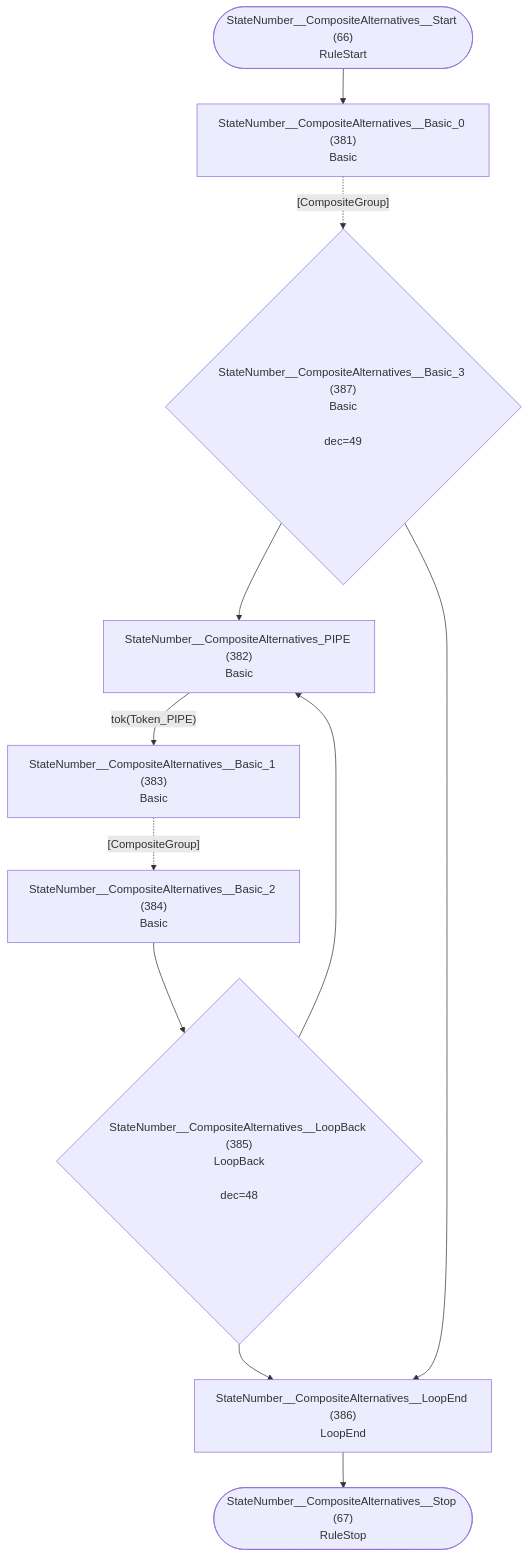
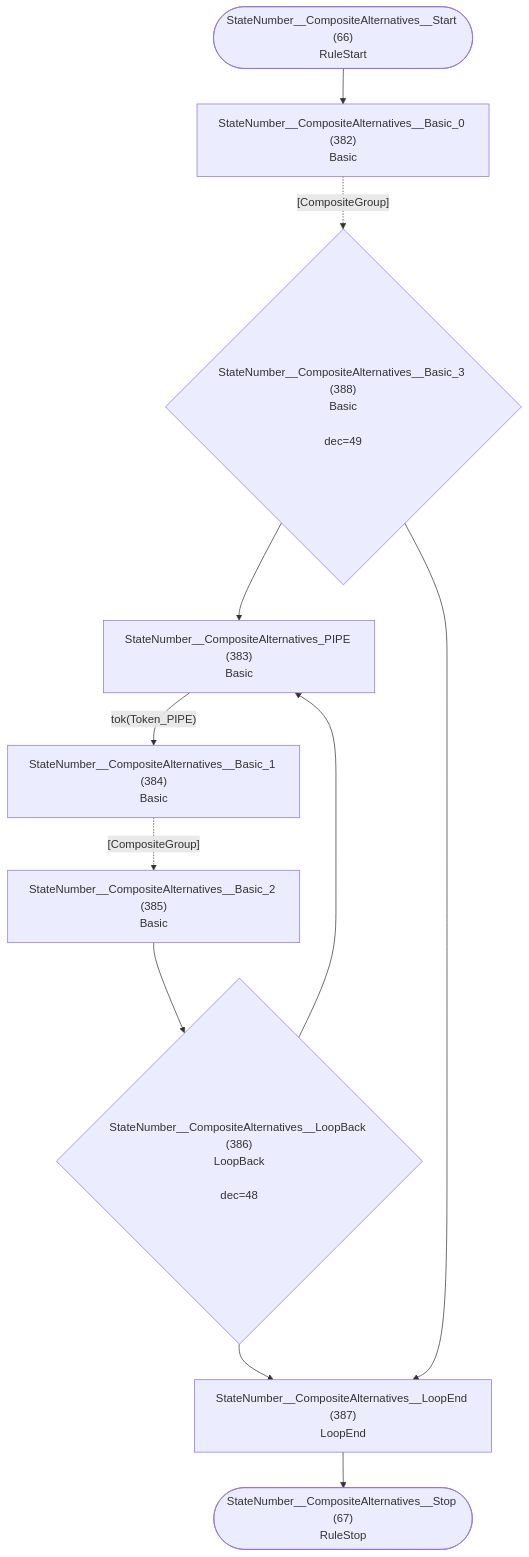
Diagram 34 of 36 in internal/grammar/atn.md (TypeFox/fastbelt), drawn with Mermaid before and after one commit. The commit also changed other lines of this file and 9 other files, not shown here.

````diff
--- a/internal/grammar/atn.md
+++ b/internal/grammar/atn.md
@@ -1019,23 +1021,23 @@
 ```mermaid
 flowchart TD
     q66(["StateNumber__CompositeAlternatives__Start (66)<br/>RuleStart"])
     q67(["StateNumber__CompositeAlternatives__Stop (67)<br/>RuleStop"])
-    q381["StateNumber__CompositeAlternatives__Basic_0 (381)<br/>Basic<br/>"]
-    q382["StateNumber__CompositeAlternatives_PIPE (382)<br/>Basic<br/>"]
-    q383["StateNumber__CompositeAlternatives__Basic_1 (383)<br/>Basic<br/>"]
-    q384["StateNumber__CompositeAlternatives__Basic_2 (384)<br/>Basic<br/>"]
-    q385{"StateNumber__CompositeAlternatives__LoopBack (385)<br/>LoopBack<br/><br/>dec=48"}
-    q386["StateNumber__CompositeAlternatives__LoopEnd (386)<br/>LoopEnd<br/>"]
-    q387{"StateNumber__CompositeAlternatives__Basic_3 (387)<br/>Basic<br/><br/>dec=49"}
+    q382["StateNumber__CompositeAlternatives__Basic_0 (382)<br/>Basic<br/>"]
+    q383["StateNumber__CompositeAlternatives_PIPE (383)<br/>Basic<br/>"]
+    q384["StateNumber__CompositeAlternatives__Basic_1 (384)<br/>Basic<br/>"]
+    q385["StateNumber__CompositeAlternatives__Basic_2 (385)<br/>Basic<br/>"]
+    q386{"StateNumber__CompositeAlternatives__LoopBack (386)<br/>LoopBack<br/><br/>dec=48"}
+    q387["StateNumber__CompositeAlternatives__LoopEnd (387)<br/>LoopEnd<br/>"]
+    q388{"StateNumber__CompositeAlternatives__Basic_3 (388)<br/>Basic<br/><br/>dec=49"}
 
-    q66 --> q381
-    q381 -.->|"[CompositeGroup]"| q387
-    q382 -->|"tok(Token_PIPE)"| q383
-    q383 -.->|"[CompositeGroup]"| q384
-    q384 --> q385
-    q385 --> q382
+    q66 --> q382
+    q382 -.->|"[CompositeGroup]"| q388
+    q383 -->|"tok(Token_PIPE)"| q384
+    q384 -.->|"[CompositeGroup]"| q385
     q385 --> q386
-    q386 --> q67
-    q387 --> q382
-    q387 --> q386
+    q386 --> q383
+    q386 --> q387
+    q387 --> q67
+    q388 --> q383
+    q388 --> q387
 ```
````
